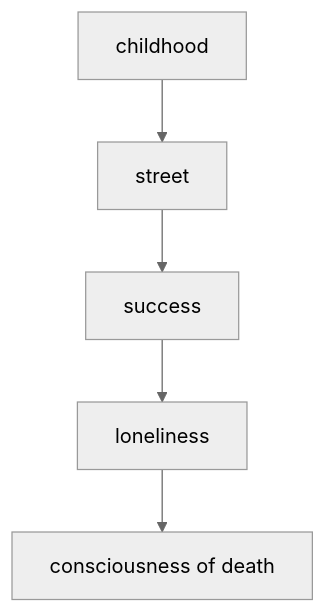
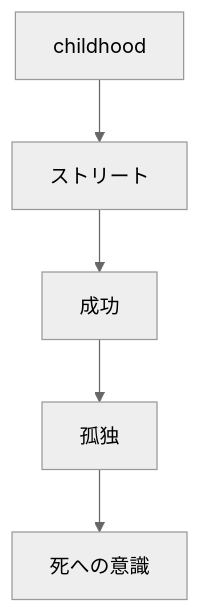
Before and after one commit to monumental-movement/monumental-movement.github.io: the third of 10 diagrams in en/_posts/2026-07-02-column-influential-album-04.md, drawn with Mermaid (neutral theme). The commit also changed other lines of this file and 2196 other files, not shown here.

```diff
--- a/en/_posts/2026-07-02-column-influential-album-04.md
+++ b/en/_posts/2026-07-02-column-influential-album-04.md
@@ -296,11 +296,11 @@
 <div class="mermaid">
 flowchart TD
 A[childhood]
-B[street]
-C[success]
-D[loneliness]
-E[consciousness of death]
+B[ストリート]
+C[成功]
+D[孤独]
+E[死への意識]
 
 A --> B --> C --> D --> E
 
 </div>
```
